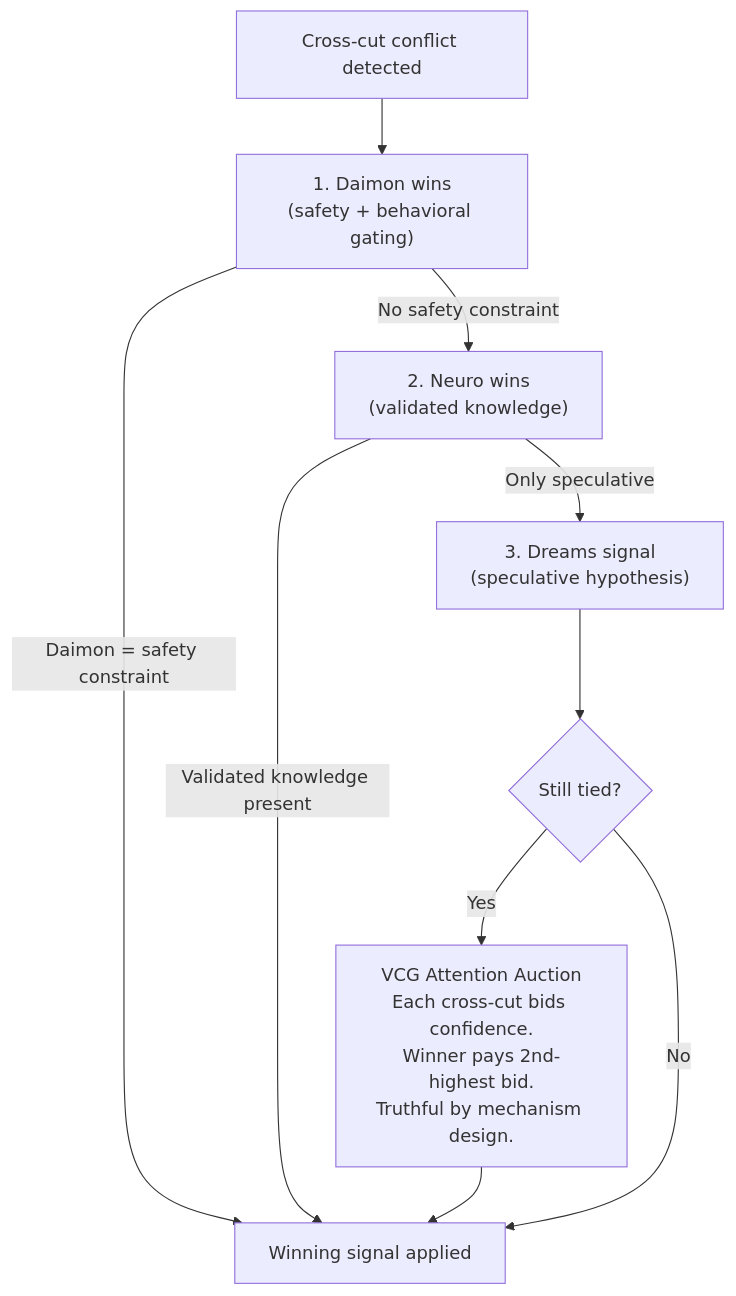
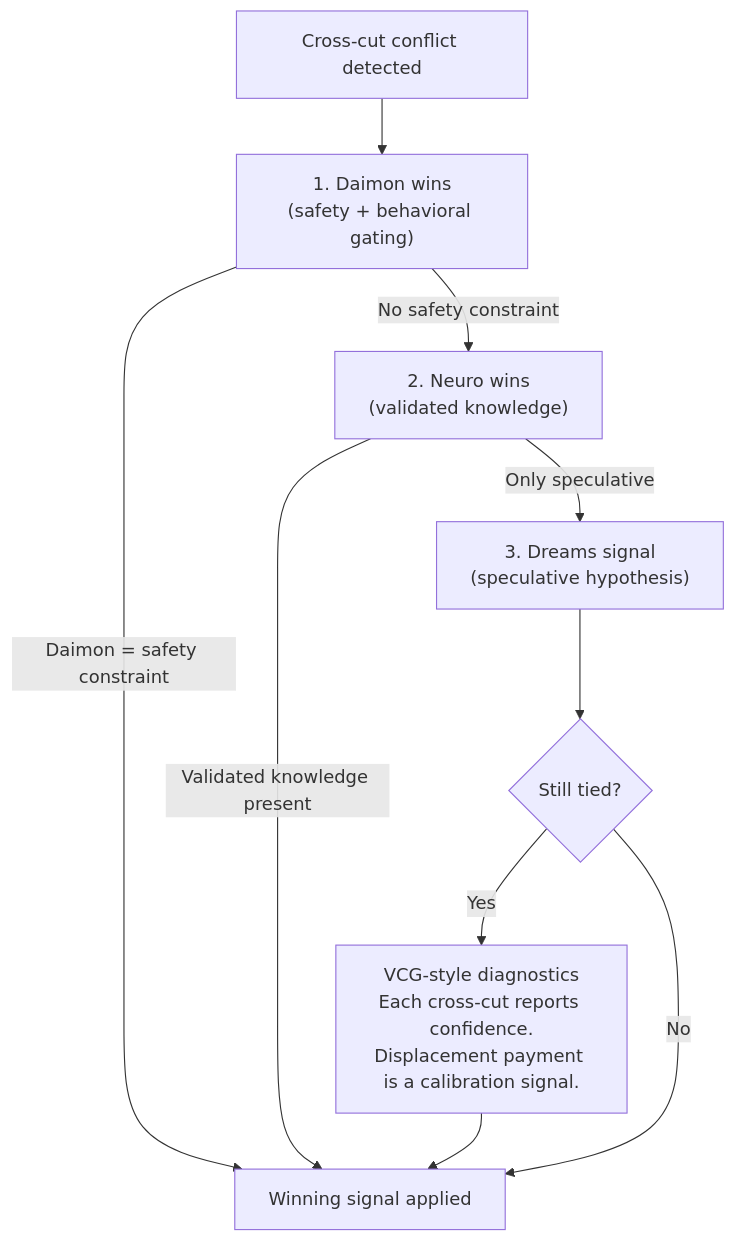
One commit to wpank/ironclaw changed the fourth of 7 diagrams in tmp/core-concepts/cognitive-architecture.md. Above: the diagram before and after it, drawn with Mermaid. The commit also changed other lines of this file and 121 other files, not shown here.

````diff
--- a/tmp/core-concepts/cognitive-architecture.md
+++ b/tmp/core-concepts/cognitive-architecture.md
@@ -660,19 +473,19 @@
 ```mermaid
 flowchart TD
     Conflict["Cross-cut conflict detected"]
     Daimon["1. Daimon wins<br/>(safety + behavioral gating)"]
     Neuro["2. Neuro wins<br/>(validated knowledge)"]
     Dreams["3. Dreams signal<br/>(speculative hypothesis)"]
     Tied{Still tied?}
-    VCG["VCG Attention Auction<br/>Each cross-cut bids confidence.<br/>Winner pays 2nd-highest bid.<br/>Truthful by mechanism design."]
+    VCG["VCG-style diagnostics<br/>Each cross-cut reports confidence.<br/>Displacement payment is a calibration signal."]
     Result["Winning signal applied"]
 
     Conflict --> Daimon
     Daimon -->|"Daimon = safety constraint"| Result
     Daimon -->|"No safety constraint"| Neuro
     Neuro -->|"Validated knowledge present"| Result
     Neuro -->|"Only speculative"| Dreams
     Dreams --> Tied
     Tied -->|"Yes"| VCG --> Result
     Tied -->|"No"| Result
 ```
````
